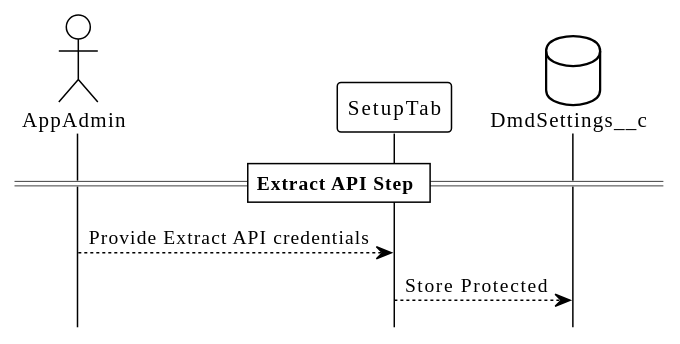
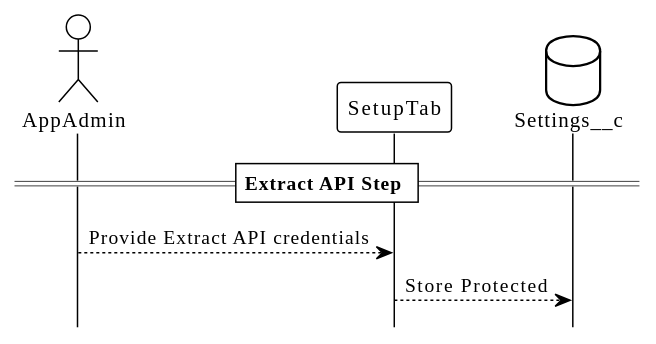
One commit to aquivalabs/document-mess-detector changed the third of 8 diagrams in solution-design.md. Above: the diagram before and after it, drawn with PlantUML. The commit also changed other lines of this file and 19 other files, not shown here.

````diff
--- a/solution-design.md
+++ b/solution-design.md
@@ -120,14 +120,14 @@
 ```plantuml
     @startuml
     !theme plain
     hide footbox
 
     actor AppAdmin
     participant SetupTab
-    database DmdSettings__c
+    database Settings__c
 
     == Extract API Step ==
     AppAdmin --> SetupTab : Provide Extract API credentials
-    SetupTab --> DmdSettings__c : Store Protected
+    SetupTab --> Settings__c : Store Protected
     @enduml
 ```
````
